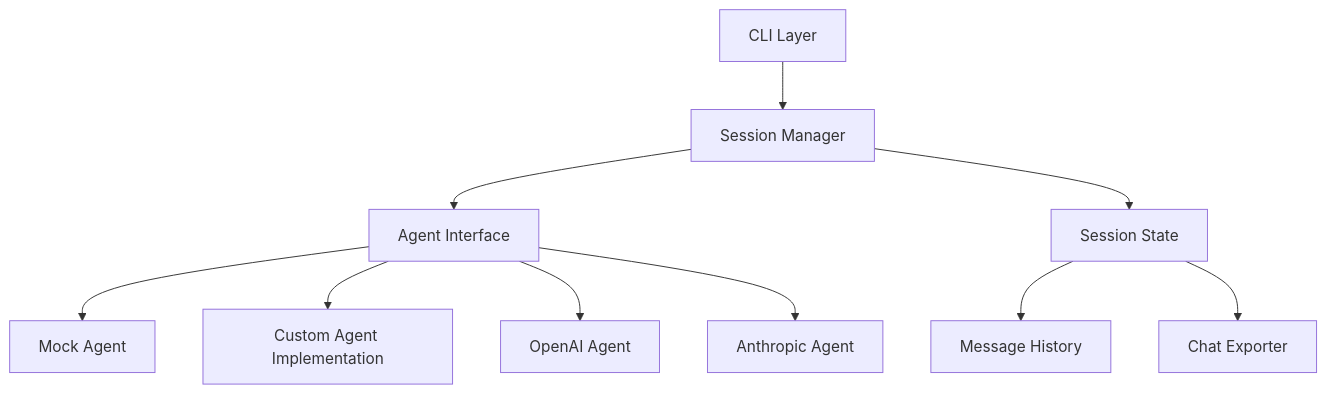
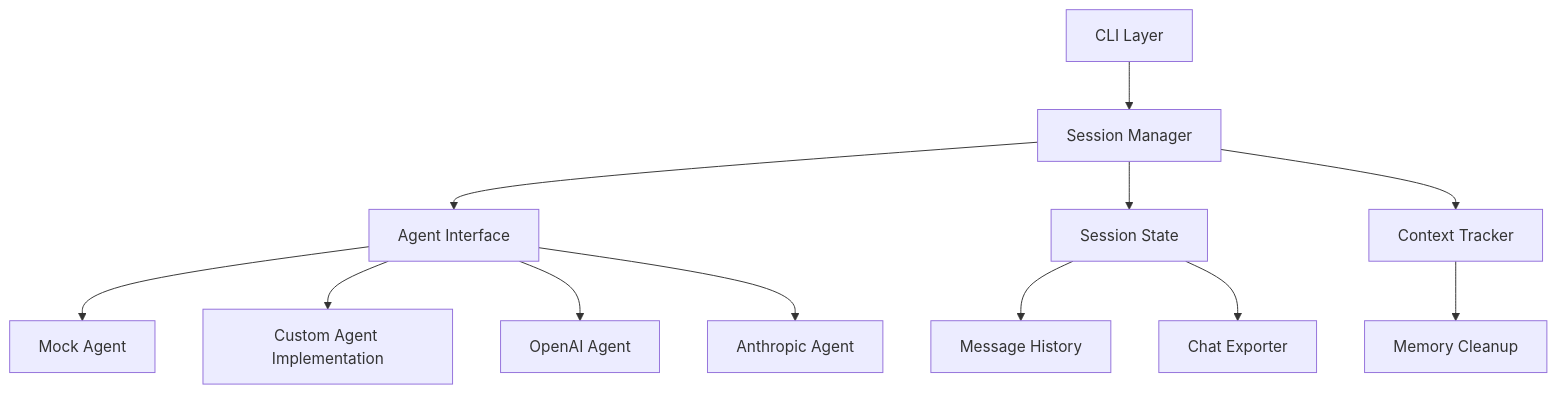
One commit to andreinakagawa/agentic-ai-basic-cli changed the first of 4 diagrams in docs/architecture.md. Above: the diagram before and after it, drawn with Mermaid. The commit also changed other lines of this file and 1 other file, not shown here.

Commit message:
updating docs. architecture is more concise now and getting started helps claude in new sessions

````diff
--- a/docs/architecture.md
+++ b/docs/architecture.md
@@ -11,12 +13,14 @@
 ```mermaid
 graph TD
     A[CLI Layer] --> B[Session Manager]
     B --> C[Agent Interface]
     C --> D1[Mock Agent]
     C --> D2[Custom Agent Implementation]
     C --> D3[OpenAI Agent]
     C --> D4[Anthropic Agent]
     B --> E[Session State]
+    B --> H[Context Tracker]
     E --> F[Message History]
     E --> G[Chat Exporter]
+    H --> I[Memory Cleanup]
 ```
````
